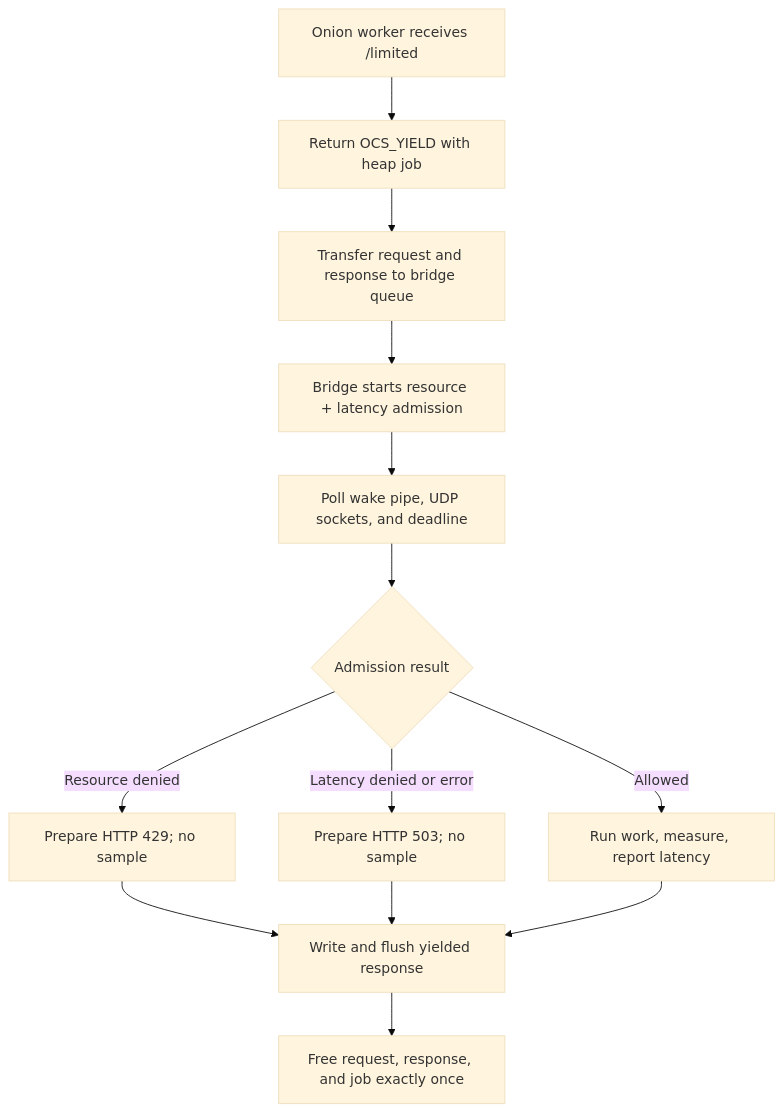
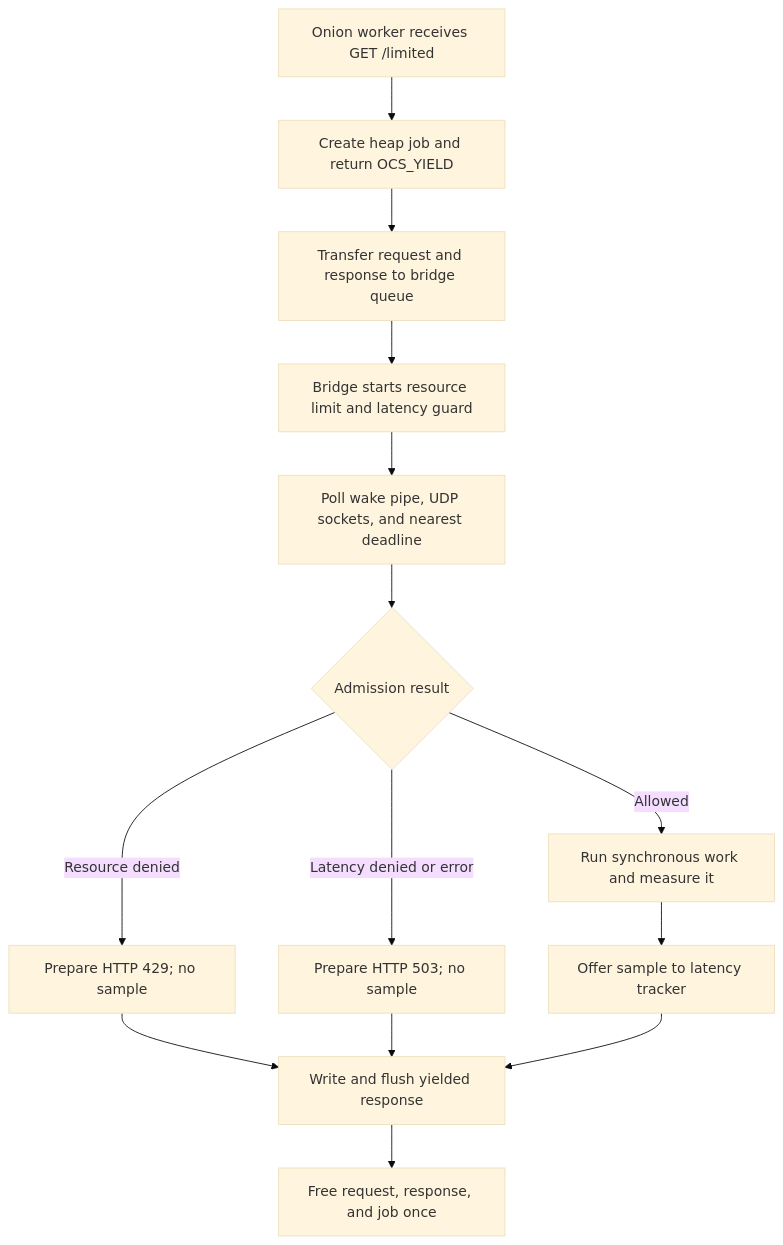
One commit to ratelimitly-com/rl-c-client changed the diagram in examples/onion/README.md. Above: the diagram before and after it, drawn with Mermaid (base theme). The commit also changed other lines of this file, not shown here.

Commit message:
docs(onion): explain yielded ownership

````diff
--- a/examples/onion/README.md
+++ b/examples/onion/README.md
@@ -15,15 +38,16 @@
 ```mermaid
 flowchart TD
-    Worker["Onion worker receives /limited"] --> Yield["Return OCS_YIELD with heap job"]
+    Worker["Onion worker receives GET /limited"] --> Yield["Create heap job and return OCS_YIELD"]
     Yield --> Queue["Transfer request and response to bridge queue"]
-    Queue --> Bridge["Bridge starts resource + latency admission"]
-    Bridge --> Poll["Poll wake pipe, UDP sockets, and deadline"]
+    Queue --> Bridge["Bridge starts resource limit and latency guard"]
+    Bridge --> Poll["Poll wake pipe, UDP sockets, and nearest deadline"]
     Poll --> Decision{"Admission result"}
     Decision -->|Resource denied| Rate["Prepare HTTP 429; no sample"]
     Decision -->|Latency denied or error| Shed["Prepare HTTP 503; no sample"]
-    Decision -->|Allowed| Work["Run work, measure, report latency"]
+    Decision -->|Allowed| Work["Run synchronous work and measure it"]
+    Work --> Report["Offer sample to latency tracker"]
     Rate --> Flush["Write and flush yielded response"]
     Shed --> Flush
-    Work --> Flush
-    Flush --> Free["Free request, response, and job exactly once"]
+    Report --> Flush
+    Flush --> Free["Free request, response, and job once"]
 ```
````
